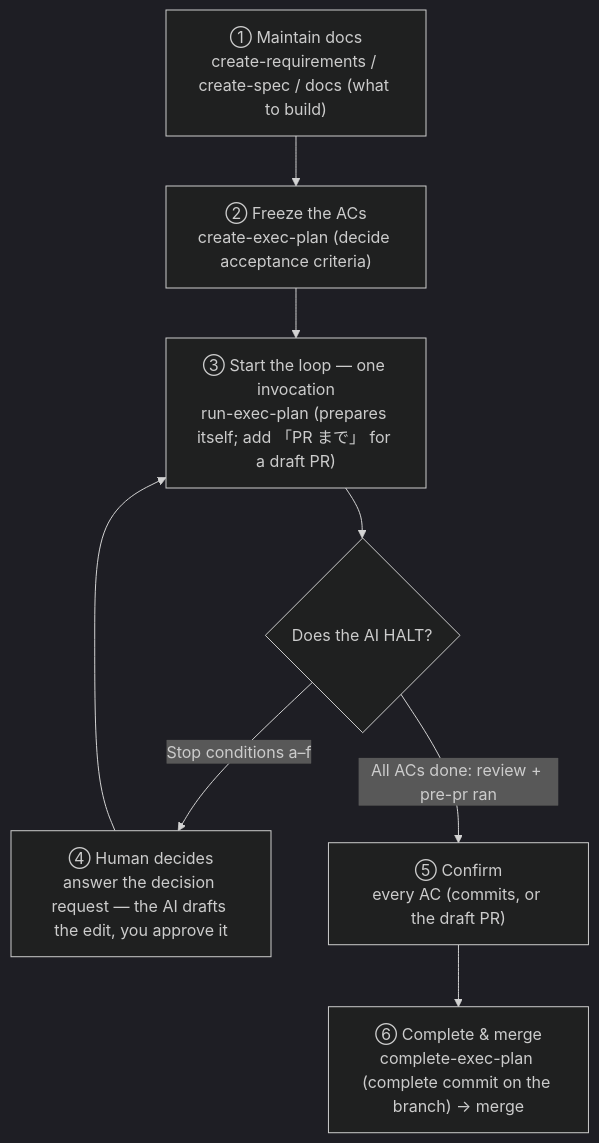
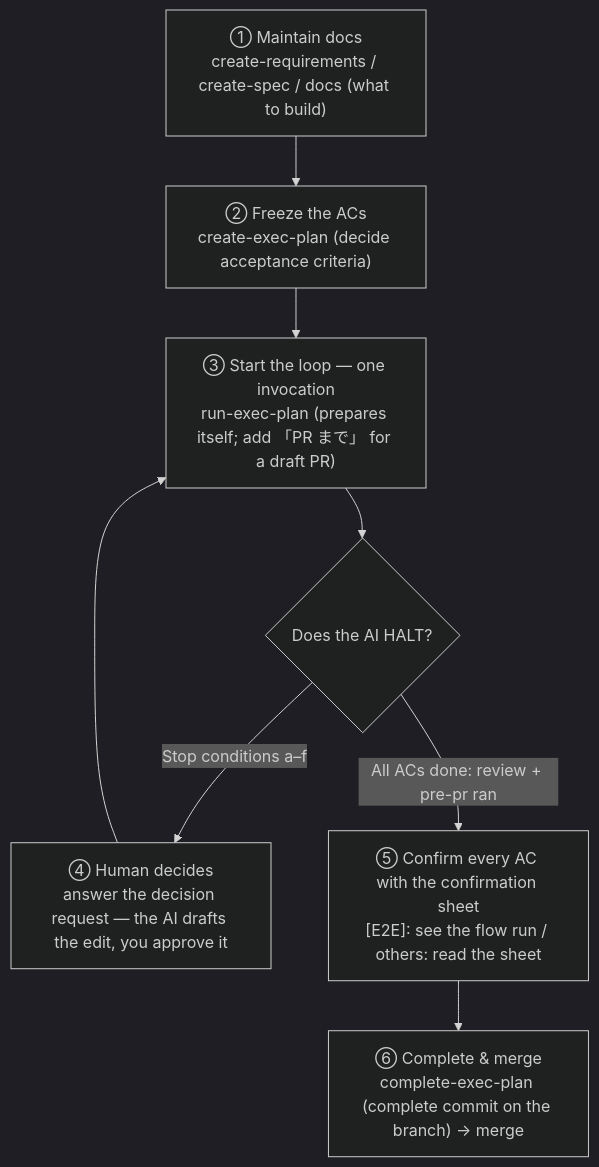
The diagram in ONBOARDING.md (aki-senri/DocDDTemplate), drawn with Mermaid (dark theme) before and after one commit. The commit also changed other lines of this file and 12 other files, not shown here.

````diff
--- a/ONBOARDING.md
+++ b/ONBOARDING.md
@@ -333,11 +333,11 @@
 ```mermaid
 flowchart TD
     A["① Maintain docs<br/>create-requirements / create-spec / docs (what to build)"] --> B
     B["② Freeze the ACs<br/>create-exec-plan (decide acceptance criteria)"] --> C
     C["③ Start the loop — one invocation<br/>run-exec-plan (prepares itself; add 「PR まで」 for a draft PR)"]
     C --> D{Does the AI HALT?}
     D -->|Stop conditions a–f| E["④ Human decides<br/>answer the decision request — the AI drafts the edit, you approve it"]
     E --> C
-    D -->|All ACs done: review + pre-pr ran| F["⑤ Confirm<br/>every AC (commits, or the draft PR)"]
+    D -->|All ACs done: review + pre-pr ran| F["⑤ Confirm every AC with the confirmation sheet<br/>[E2E]: see the flow run / others: read the sheet"]
     F --> G["⑥ Complete & merge<br/>complete-exec-plan (complete commit on the branch) → merge"]
 ```
````
